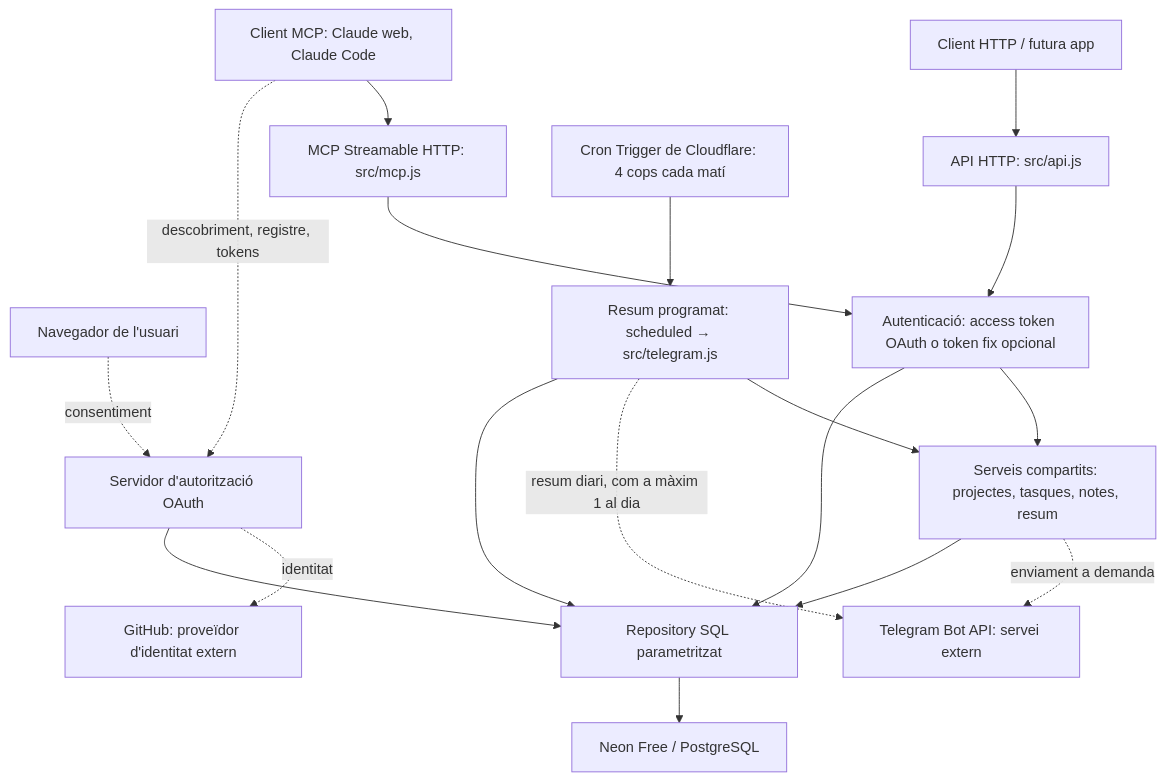
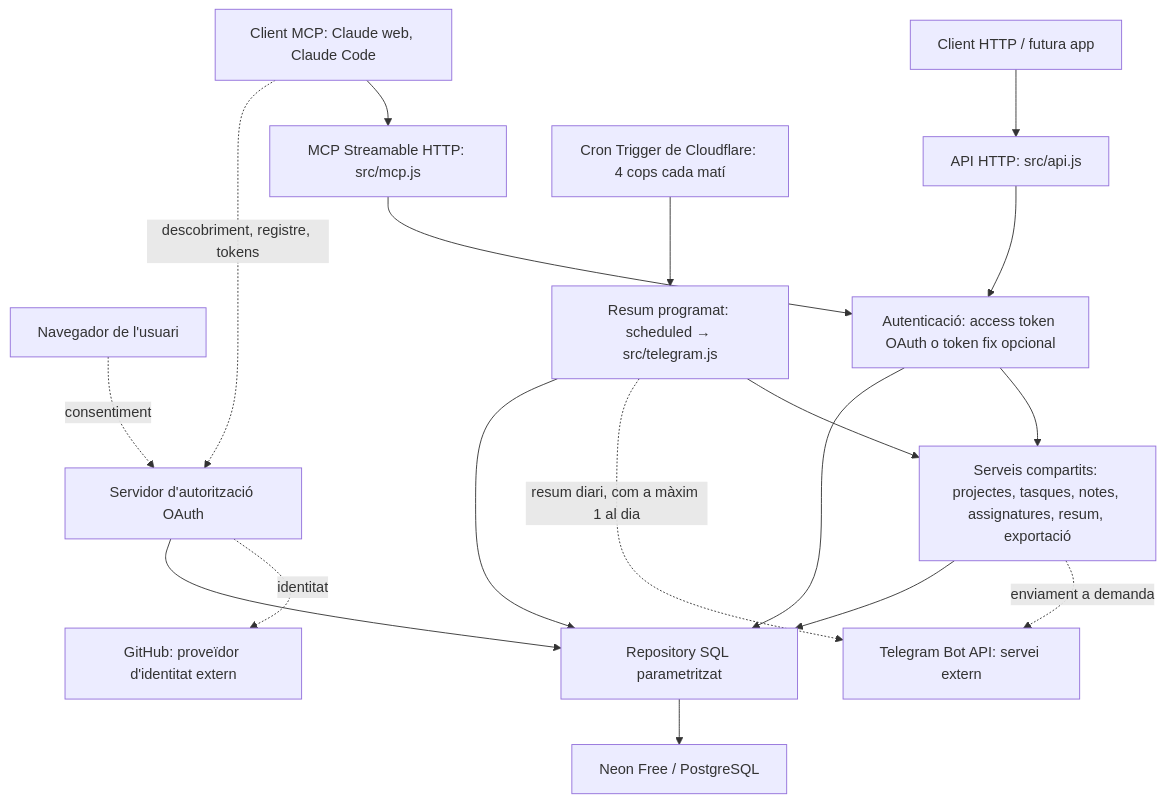
One commit to joancardonall/Jarvis changed the diagram in docs/ARCHITECTURE.md. Above: the diagram before and after it, drawn with Mermaid. The commit also changed other lines of this file and 26 other files, not shown here.

````diff
--- a/docs/ARCHITECTURE.md
+++ b/docs/ARCHITECTURE.md
@@ -11,20 +17,20 @@
 ```mermaid
 flowchart TD
     HTTP[Client HTTP / futura app] --> API[API HTTP: src/api.js]
     Client[Client MCP: Claude web, Claude Code] --> MCP[MCP Streamable HTTP: src/mcp.js]
     Client -. descobriment, registre, tokens .-> OAuth[Servidor d'autorització OAuth]
     Browser[Navegador de l'usuari] -. consentiment .-> OAuth
     OAuth -. identitat .-> GitHub[GitHub: proveïdor d'identitat extern]
     API --> Auth[Autenticació: access token OAuth o token fix opcional]
     MCP --> Auth
-    Auth --> Services[Serveis compartits: projectes, tasques, notes, resum]
+    Auth --> Services[Serveis compartits: projectes, tasques, notes, assignatures, resum, exportació]
     Cron[Cron Trigger de Cloudflare: 4 cops cada matí] --> Scheduled[Resum programat: scheduled → src/telegram.js]
     Scheduled --> Services
     Services -. enviament a demanda .-> Telegram[Telegram Bot API: servei extern]
     Scheduled -. resum diari, com a màxim 1 al dia .-> Telegram
     OAuth --> Repository
     Auth --> Repository
     Scheduled --> Repository
     Services --> Repository[Repository SQL parametritzat]
     Repository --> DB[Neon Free / PostgreSQL]
 ```
````
